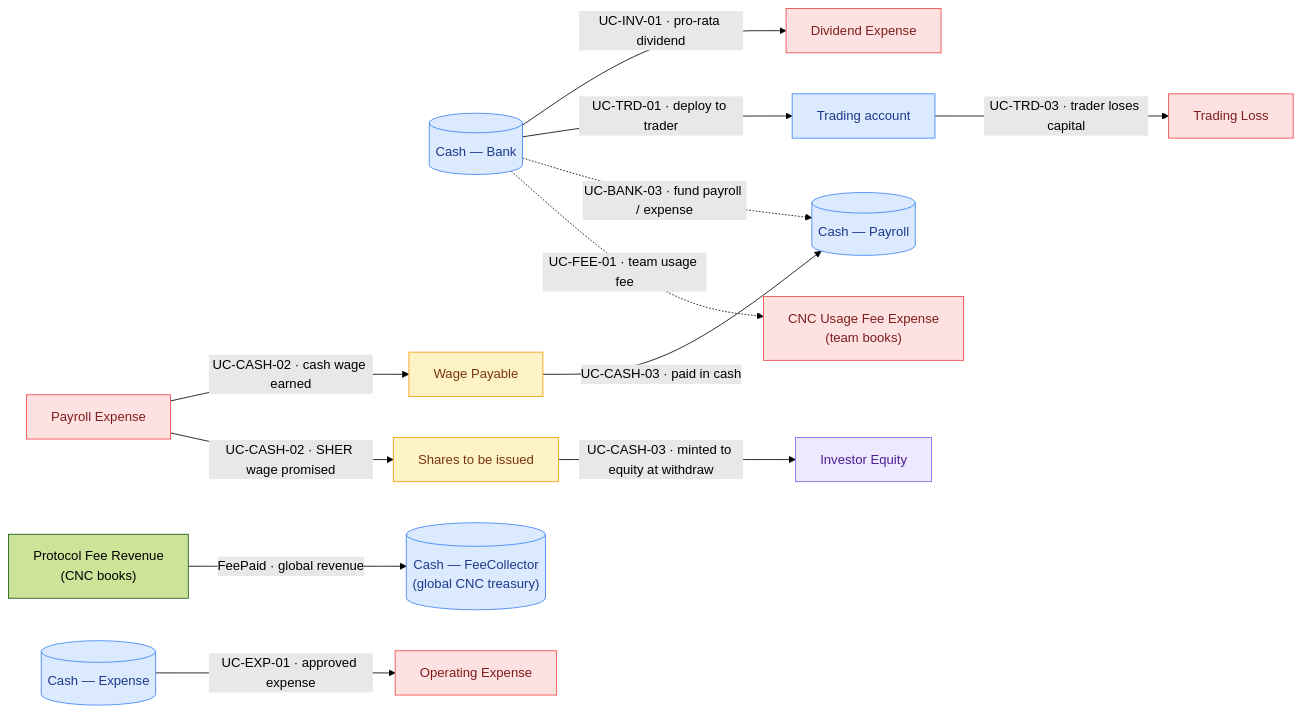
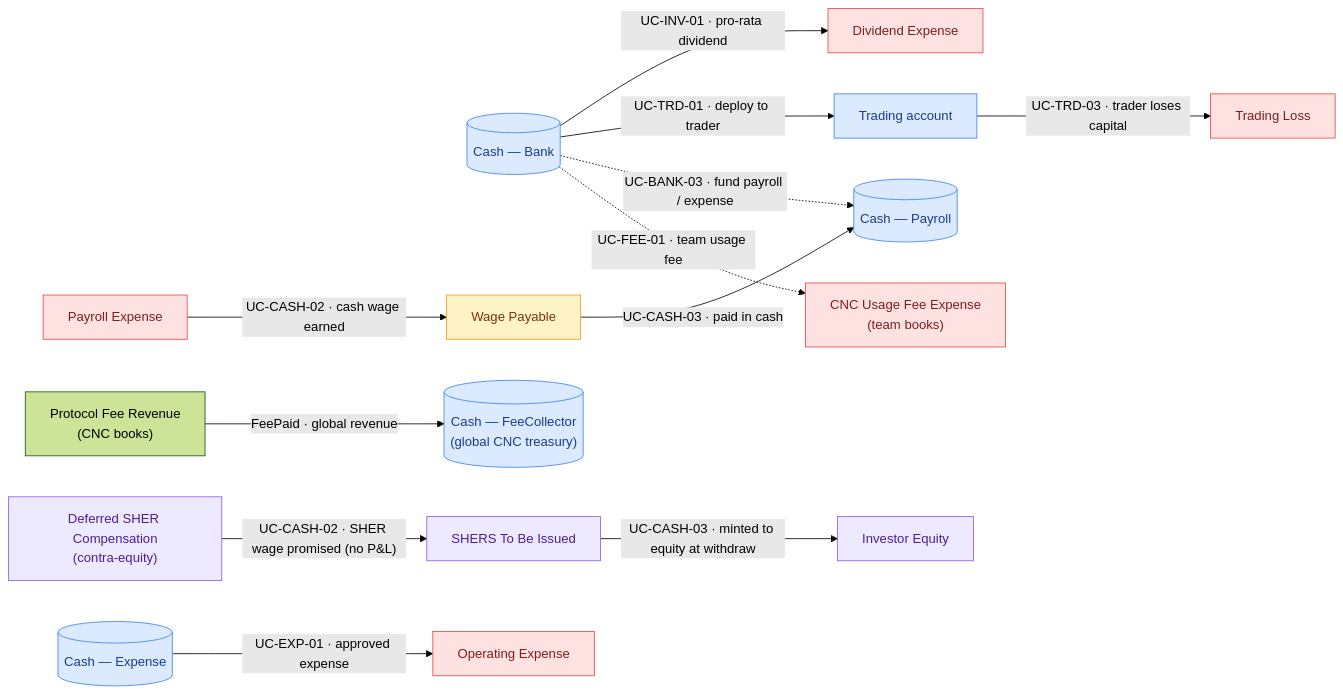
Before and after one commit to globe-and-citizen/cnc-portal: the second of 3 diagrams in docs/features/accounting/money-flow-catalogue.md, drawn with Mermaid (forest theme). The commit also changed other lines of this file and 1 other file, not shown here.

Commit message:
fix: update terminology from 'Shares to be issued' to 'SHERS To Be Issued' and 'Deferred SHER Compensation' across accounting documentation

````diff
--- a/docs/features/accounting/money-flow-catalogue.md
+++ b/docs/features/accounting/money-flow-catalogue.md
@@ -201,36 +232,37 @@
 ```mermaid
 flowchart LR
   bank[("Cash — Bank")]:::asset
   payCash[("Cash — Payroll")]:::asset
   expCash[("Cash — Expense")]:::asset
   feeCash[("Cash — FeeCollector<br/>(global CNC treasury)")]:::asset
   trading[Trading account]:::asset
   invEq[Investor Equity]:::equity
   wagePay[Wage Payable]:::liability
-  sharesIssue[Shares to be issued]:::liability
+  sharesIssue[SHERS To Be Issued]:::equity
+  deferredSher["Deferred SHER Compensation<br/>(contra-equity)"]:::equity
 
   payroll[Payroll Expense]:::expense
   opex[Operating Expense]:::expense
   divExp[Dividend Expense]:::expense
   tradeLoss[Trading Loss]:::expense
 
   payroll -->|"UC-CASH-02 · cash wage earned"| wagePay
-  payroll -->|"UC-CASH-02 · SHER wage promised"| sharesIssue
+  deferredSher -->|"UC-CASH-02 · SHER wage promised (no P&L)"| sharesIssue
   wagePay -->|"UC-CASH-03 · paid in cash"| payCash
   sharesIssue -->|"UC-CASH-03 · minted to equity at withdraw"| invEq
   expCash -->|"UC-EXP-01 · approved expense"| opex
   bank -->|"UC-INV-01 · pro-rata dividend"| divExp
   bank -->|"UC-TRD-01 · deploy to trader"| trading
   trading -->|"UC-TRD-03 · trader loses capital"| tradeLoss
 
   bank -.->|"UC-BANK-03 · fund payroll / expense"| payCash
   feeExpense["CNC Usage Fee Expense<br/>(team books)"]:::expense
   protocolFee["Protocol Fee Revenue<br/>(CNC books)"]:::income
   bank -.->|"UC-FEE-01 · team usage fee"| feeExpense
   protocolFee -->|"FeePaid · global revenue"| feeCash
 
   classDef asset fill:#dbeafe,stroke:#3b82f6,color:#1e3a8a;
   classDef equity fill:#ede9fe,stroke:#8b5cf6,color:#4c1d95;
   classDef expense fill:#fee2e2,stroke:#ef4444,color:#7f1d1d;
   classDef liability fill:#fef3c7,stroke:#f59e0b,color:#78350f;
 ```
````
